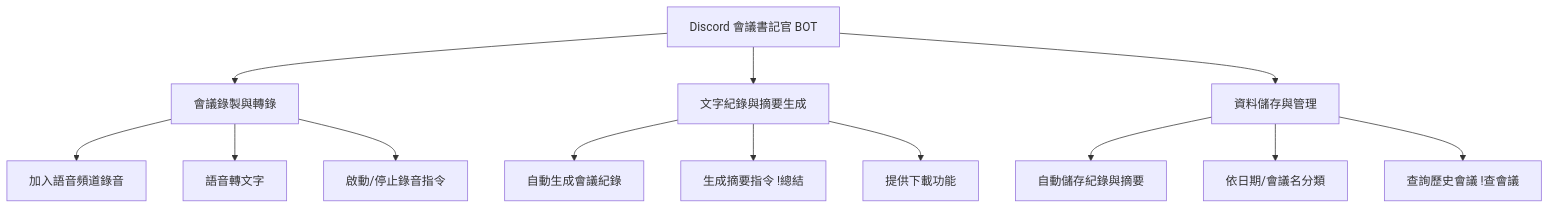
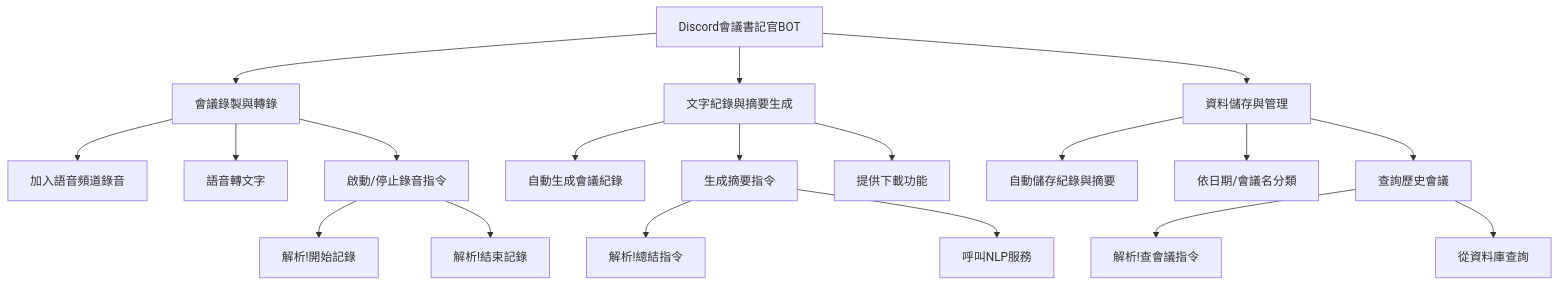
The diagram in hw3.md (C112118249/Group-8), drawn with Mermaid before and after one commit.

````diff
--- a/hw3.md
+++ b/hw3.md
@@ -35,18 +35,27 @@
 ```mermaid
 graph TD
-A[Discord 會議書記官 BOT] --> B1[會議錄製與轉錄]
+A[Discord會議書記官BOT] --> B1[會議錄製與轉錄]
 A --> B2[文字紀錄與摘要生成]
 A --> B3[資料儲存與管理]
 
 B1 --> C1[加入語音頻道錄音]
 B1 --> C2[語音轉文字]
 B1 --> C3[啟動/停止錄音指令]
 
-B2 --> D1[自動生成會議紀錄]
-B2 --> D2[生成摘要指令 !總結]
-B2 --> D3[提供下載功能]
+B2 --> C4[自動生成會議紀錄]
+B2 --> C5[生成摘要指令]
+B2 --> C6[提供下載功能]
 
-B3 --> E1[自動儲存紀錄與摘要]
-B3 --> E2[依日期/會議名分類]
-B3 --> E3[查詢歷史會議 !查會議]
+B3 --> C7[自動儲存紀錄與摘要]
+B3 --> C8[依日期/會議名分類]
+B3 --> C9[查詢歷史會議]
+
+C3 --> D1[解析!開始記錄]
+C3 --> D2[解析!結束記錄]
+
+C5 --> D3[解析!總結指令]
+C5 --> D4[呼叫NLP服務]
+
+C9 --> D5[解析!查會議指令]
+C9 --> D6[從資料庫查詢]
 ```
````
